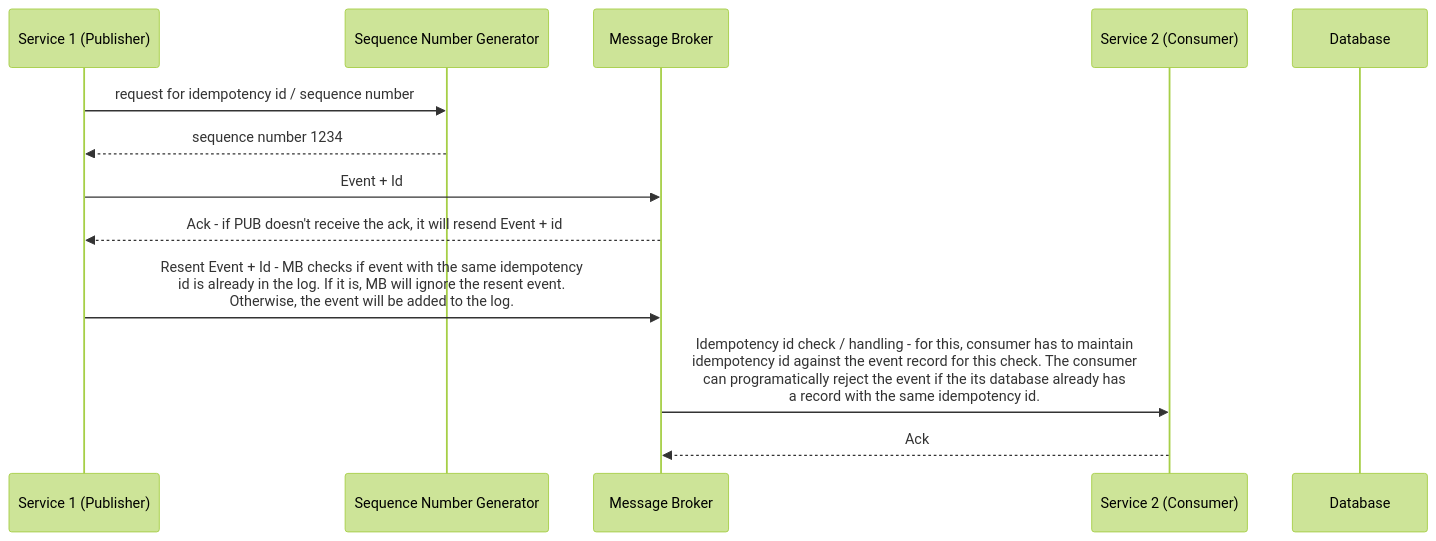
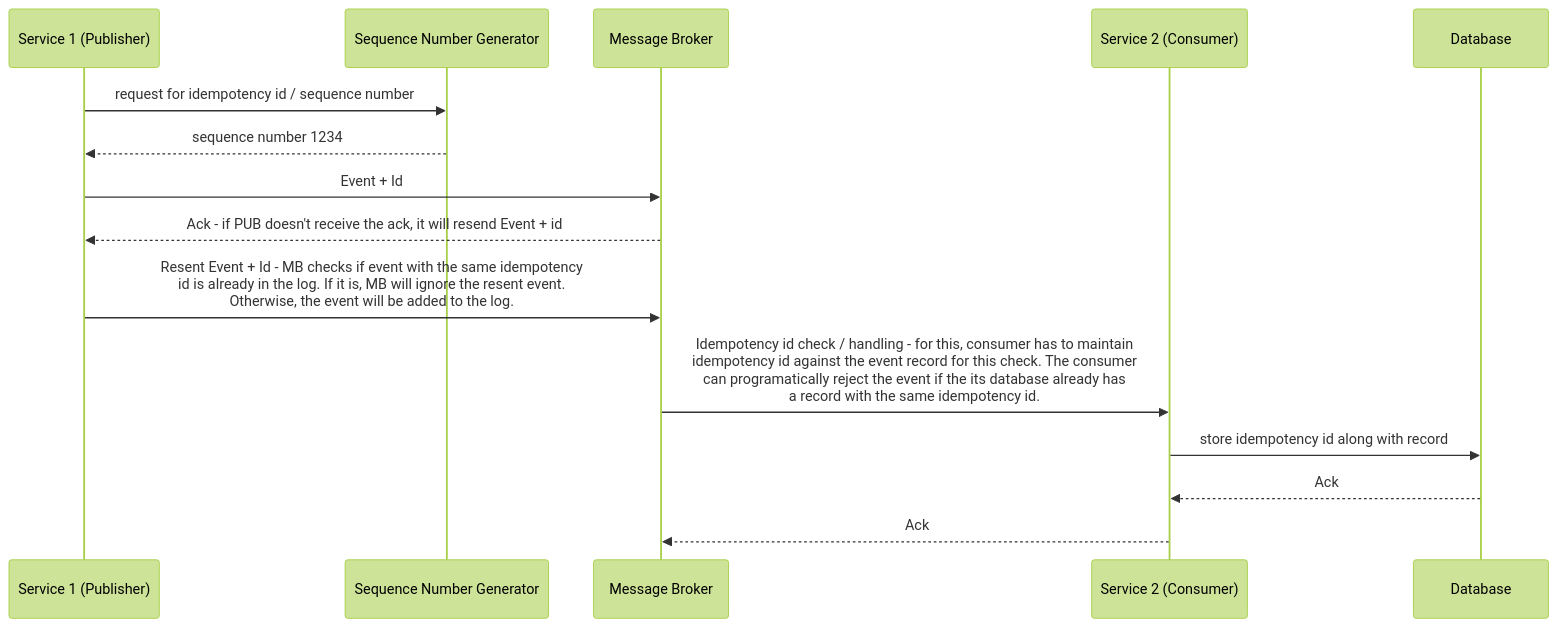
One commit to maulikdave-fh/notes changed the diagram in msa_eda/4-Event_Driven_Architecture.md. Above: the diagram before and after it, drawn with Mermaid (forest theme).

Commit message:
add subscriber service to database interaction

````diff
--- a/msa_eda/4-Event_Driven_Architecture.md
+++ b/msa_eda/4-Event_Driven_Architecture.md
@@ -84,15 +84,17 @@
 ```mermaid
     sequenceDiagram
         participant PUB as Service 1 (Publisher)
         participant SG as Sequence Number Generator
         participant MB as Message Broker
         participant SUB as Service 2 (Consumer)
         participant DB as Database
         PUB ->> SG : request for idempotency id / sequence number
         SG -->> PUB : sequence number 1234
         PUB ->> MB : Event + Id
         MB -->> PUB : Ack - if PUB doesn't receive the ack, it will resend Event + id
         PUB ->> MB : Resent Event + Id - MB checks if event with the same idempotency<br/>id is already in the log. If it is, MB will ignore the resent event.<br/>Otherwise, the event will be added to the log. 
         MB ->> SUB : Idempotency id check / handling - for this, consumer has to maintain <br/>idempotency id against the event record for this check. The consumer<br/>can programatically reject the event if the its database already has <br/>a record with the same idempotency id.
+        SUB ->> DB : store idempotency id along with record
+        DB -->> SUB : Ack
         SUB -->> MB : Ack      
 ```
````
